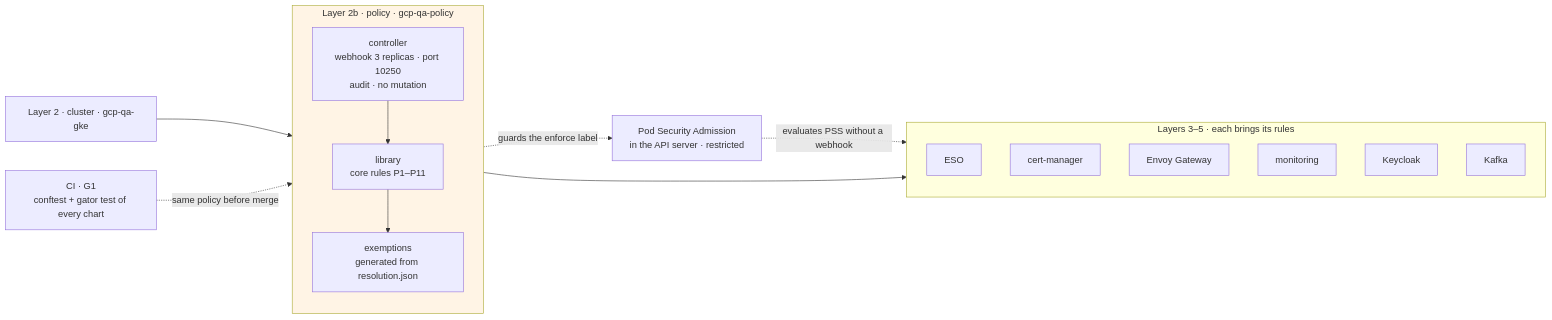
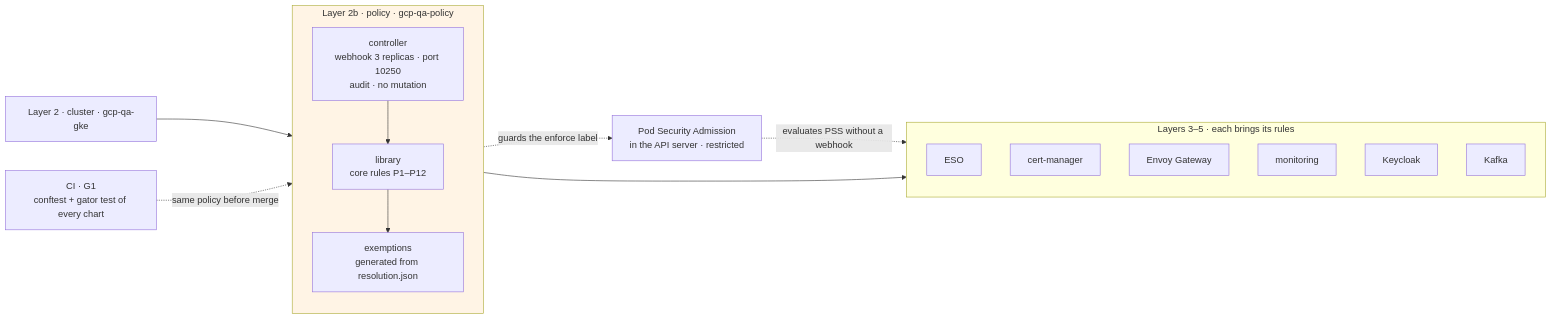
The diagram in docs/en/proposals/gatekeeper-qa/diagrams/01-contexto.mmd (aescanero/proposal_documents), drawn with Mermaid before and after one commit. The commit also changed 137 other files, not shown here.

```diff
--- a/docs/en/proposals/gatekeeper-qa/diagrams/01-contexto.mmd
+++ b/docs/en/proposals/gatekeeper-qa/diagrams/01-contexto.mmd
@@ -1,28 +1,28 @@
 flowchart LR
     L2["Layer 2 · cluster · gcp-qa-gke"]
     subgraph L2B["Layer 2b · policy · gcp-qa-policy"]
         direction TB
         CTRL["controller<br/>webhook 3 replicas · port 10250<br/>audit · no mutation"]
-        LIB["library<br/>core rules P1–P11"]
+        LIB["library<br/>core rules P1–P12"]
         EXC["exemptions<br/>generated from resolution.json"]
     end
     PSA["Pod Security Admission<br/>in the API server · restricted"]
     subgraph L3["Layers 3–5 · each brings its rules"]
         direction TB
         ESO["ESO"]
         CM["cert-manager"]
         GW["Envoy Gateway"]
         MON["monitoring"]
         KC["Keycloak"]
         KF["Kafka"]
     end
     CI["CI · G1<br/>conftest + gator test of every chart"]
 
     L2 --> L2B
     L2B --> L3
     CTRL --> LIB --> EXC
     PSA -. "evaluates PSS without a webhook" .-> L3
     LIB -. "guards the enforce label" .-> PSA
     CI -. "same policy before merge" .-> L2B
 
     style L2B fill:#fff4e5
```
